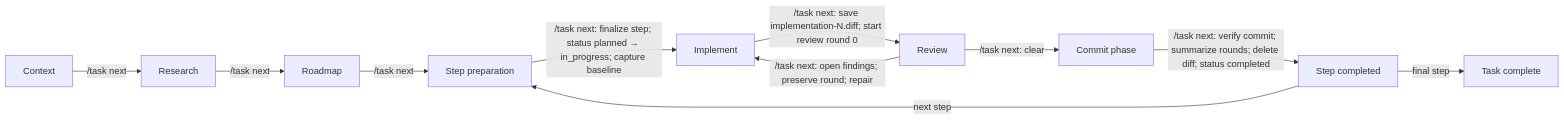
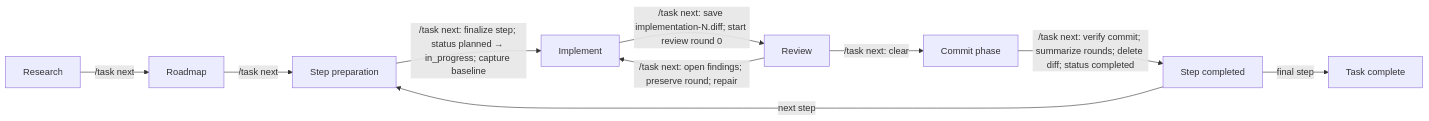
One commit to vladimir-popov/dotfiles changed the diagram in .pi/agent/extensions/task-workflow/README.md. Above: the diagram before and after it, drawn with Mermaid. The commit also changed other lines of this file and 1 other file, not shown here.

Commit message:
Merge Context with Research

````diff
--- a/.pi/agent/extensions/task-workflow/README.md
+++ b/.pi/agent/extensions/task-workflow/README.md
@@ -13,13 +13,12 @@
 ```mermaid
 flowchart LR
-    A["Context"] -->|/task next| B["Research"]
-    B -->|/task next| C["Roadmap"]
-    C -->|/task next| D["Step preparation"]
-    D -->|/task next: finalize step; status planned → in_progress; capture baseline| E["Implement"]
-    E -->|/task next: save implementation-N.diff; start review round 0| F["Review"]
-    F -->|/task next: open findings; preserve round; repair| E
-    F -->|/task next: clear| G["Commit phase"]
-    G -->|/task next: verify commit; summarize rounds; delete diff; status completed| H["Step completed"]
-    H -->|next step| D
-    H -->|final step| I["Task complete"]
+    A["Research"] -->|/task next| B["Roadmap"]
+    B -->|/task next| C["Step preparation"]
+    C -->|/task next: finalize step; status planned → in_progress; capture baseline| D["Implement"]
+    D -->|/task next: save implementation-N.diff; start review round 0| E["Review"]
+    E -->|/task next: open findings; preserve round; repair| D
+    E -->|/task next: clear| F["Commit phase"]
+    F -->|/task next: verify commit; summarize rounds; delete diff; status completed| G["Step completed"]
+    G -->|next step| C
+    G -->|final step| H["Task complete"]
 ```
````
